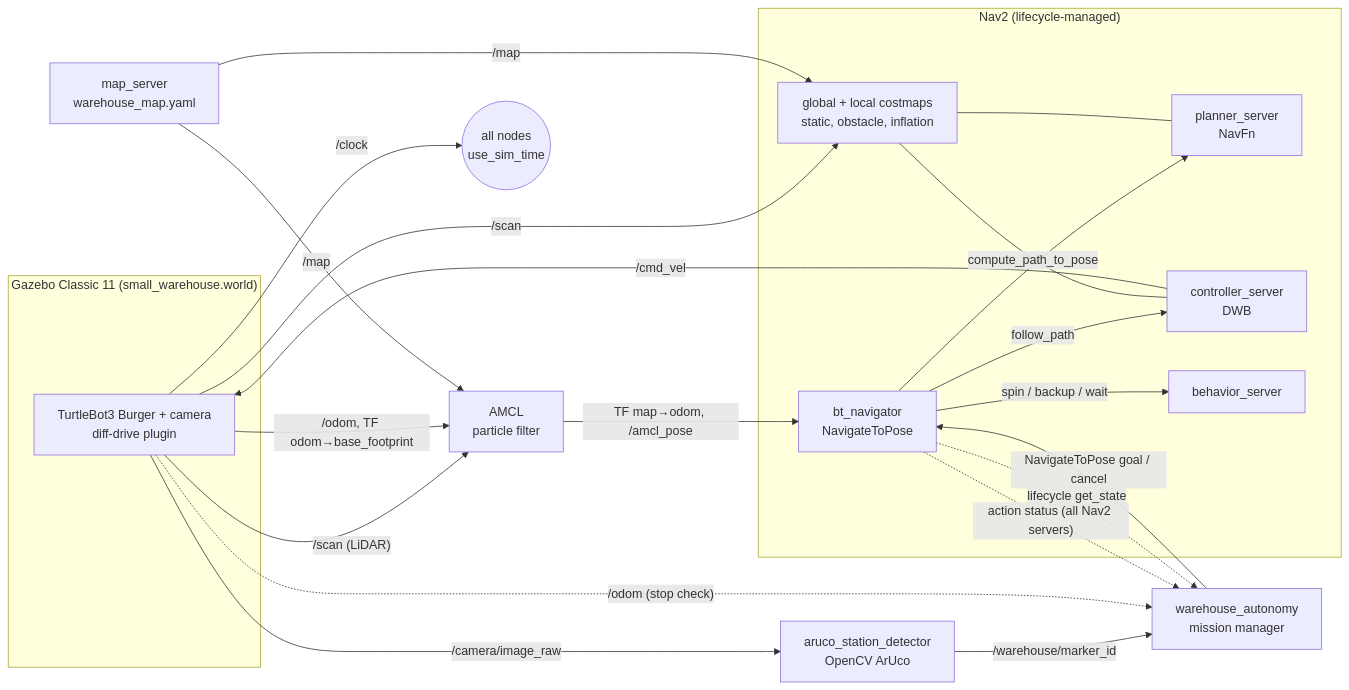
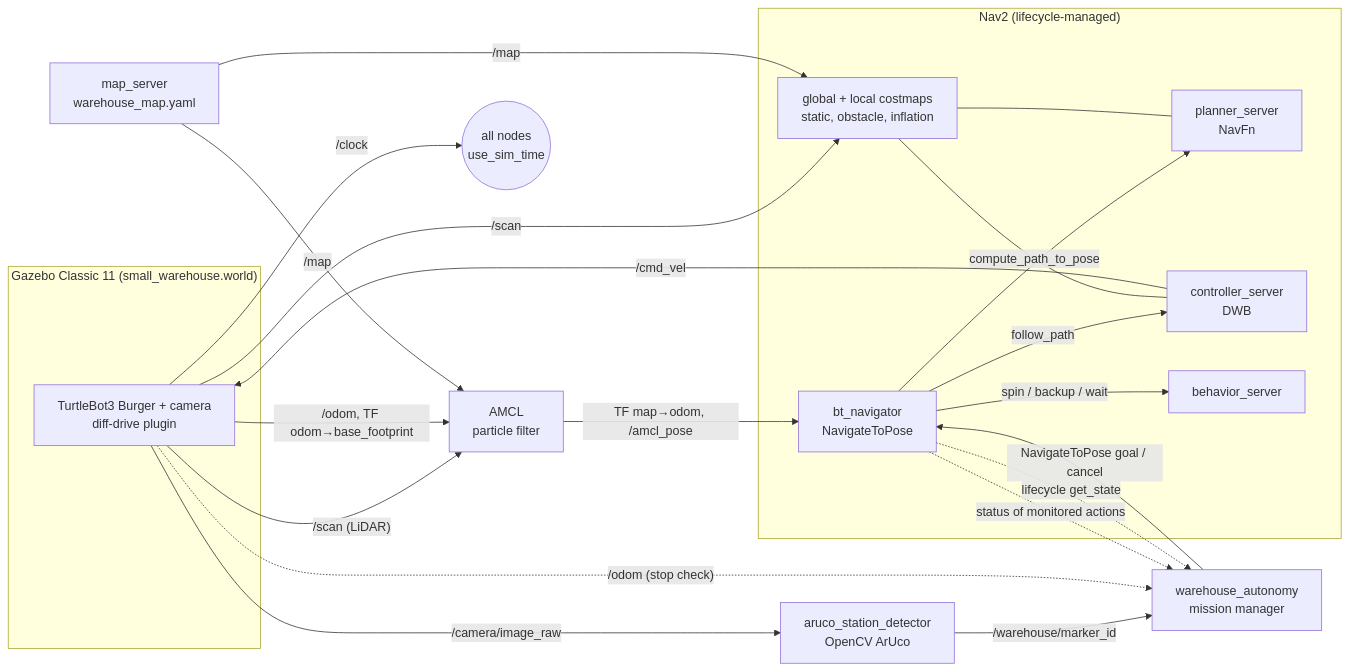
The first of 2 diagrams in README.md (Sara-Esm/ros2-autonomous-warehouse-navigation), drawn with Mermaid before and after one commit. The commit also changed other lines of this file, not shown here.

Commit message:
Align the supervision summary with the observed Nav2 signals

````diff
--- a/README.md
+++ b/README.md
@@ -148,32 +148,32 @@
 ```mermaid
 flowchart LR
   subgraph SIM["Gazebo Classic 11 (small_warehouse.world)"]
     TB3["TurtleBot3 Burger + camera<br/>diff-drive plugin"]
   end
 
   TB3 -- "/scan (LiDAR)" --> AMCL
   TB3 -- "/scan" --> COSTMAPS
   TB3 -- "/odom, TF odom→base_footprint" --> AMCL
   TB3 -- "/camera/image_raw" --> DET
   TB3 -- "/clock" --> ALL(("all nodes<br/>use_sim_time"))
 
   MAP["map_server<br/>warehouse_map.yaml"] -- "/map" --> AMCL
   MAP -- "/map" --> COSTMAPS
   AMCL["AMCL<br/>particle filter"] -- "TF map→odom, /amcl_pose" --> BT
 
   subgraph NAV2["Nav2 (lifecycle-managed)"]
     BT["bt_navigator<br/>NavigateToPose"] -- compute_path_to_pose --> PLAN["planner_server<br/>NavFn"]
     BT -- follow_path --> CTRL["controller_server<br/>DWB"]
     BT -- "spin / backup / wait" --> BEH["behavior_server"]
     COSTMAPS["global + local costmaps<br/>static, obstacle, inflation"] --- PLAN
     COSTMAPS --- CTRL
   end
 
   CTRL -- "/cmd_vel" --> TB3
   DET["aruco_station_detector<br/>OpenCV ArUco"] -- "/warehouse/marker_id" --> MM
 
   MM["warehouse_autonomy<br/>mission manager"] -- "NavigateToPose goal / cancel" --> BT
-  BT -. "action status (all Nav2 servers)" .-> MM
+  BT -. "status of monitored actions" .-> MM
   BT -. "lifecycle get_state" .-> MM
   TB3 -. "/odom (stop check)" .-> MM
 ```
````
